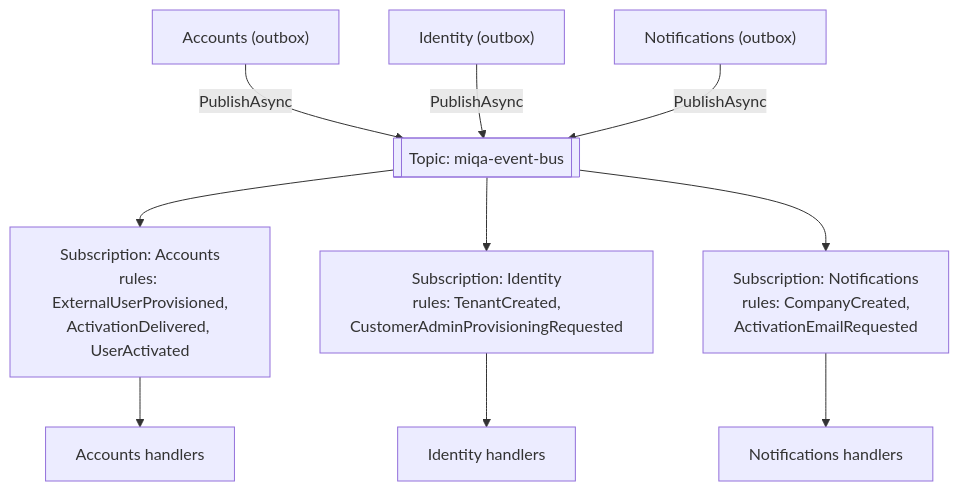
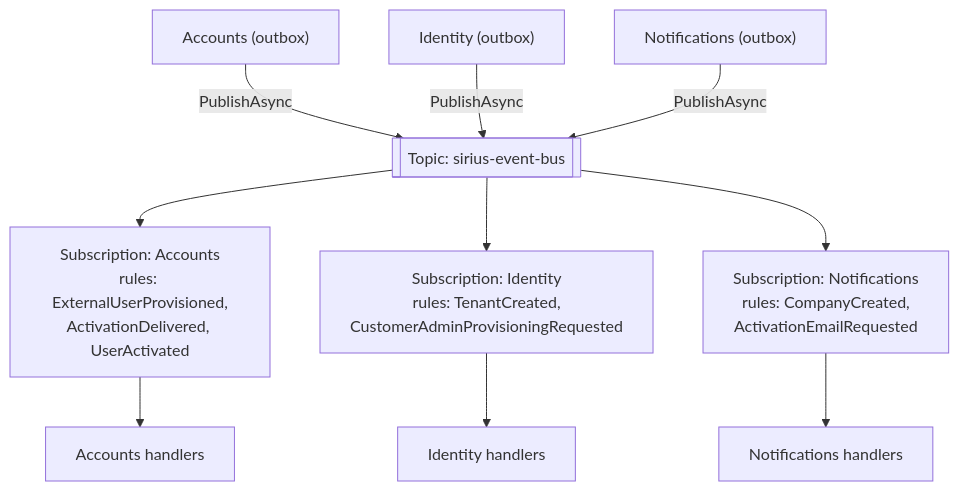
Before and after one commit to miquelalcaraz/Labs.ServicePlatform: the first of 4 diagrams in docs/architecture/07-event-bus.md, drawn with Mermaid. The commit also changed other lines of this file and 1114 other files, not shown here.

Commit message:
refactor: rename namespaces from Miqa to Sirius

````diff
--- a/docs/architecture/07-event-bus.md
+++ b/docs/architecture/07-event-bus.md
@@ -18,16 +18,16 @@
 ```mermaid
 flowchart TB
     ACC_P["Accounts (outbox)"] -- "PublishAsync" --> TOPIC
     IDN_P["Identity (outbox)"] -- "PublishAsync" --> TOPIC
     NOT_P["Notifications (outbox)"] -- "PublishAsync" --> TOPIC
 
-    TOPIC[["Topic: miqa-event-bus"]]
+    TOPIC[["Topic: sirius-event-bus"]]
 
     TOPIC --> SA["Subscription: Accounts<br/>rules: ExternalUserProvisioned,<br/>ActivationDelivered, UserActivated"]
     TOPIC --> SI["Subscription: Identity<br/>rules: TenantCreated,<br/>CustomerAdminProvisioningRequested"]
     TOPIC --> SN["Subscription: Notifications<br/>rules: CompanyCreated,<br/>ActivationEmailRequested"]
 
     SA --> ACC_C["Accounts handlers"]
     SI --> IDN_C["Identity handlers"]
     SN --> NOT_C["Notifications handlers"]
 ```
````
